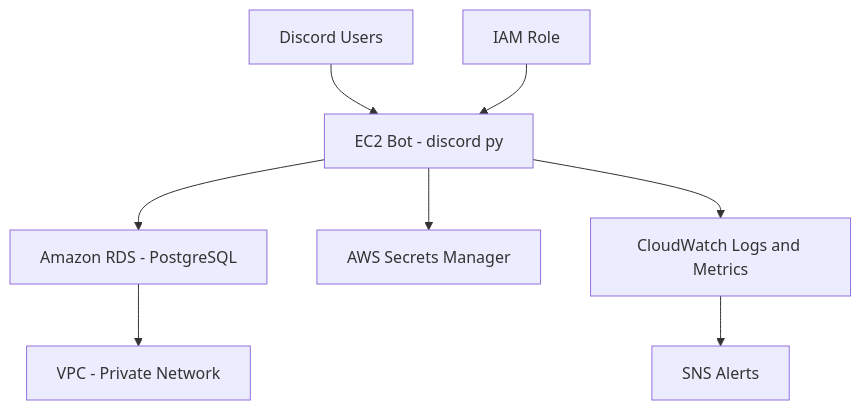
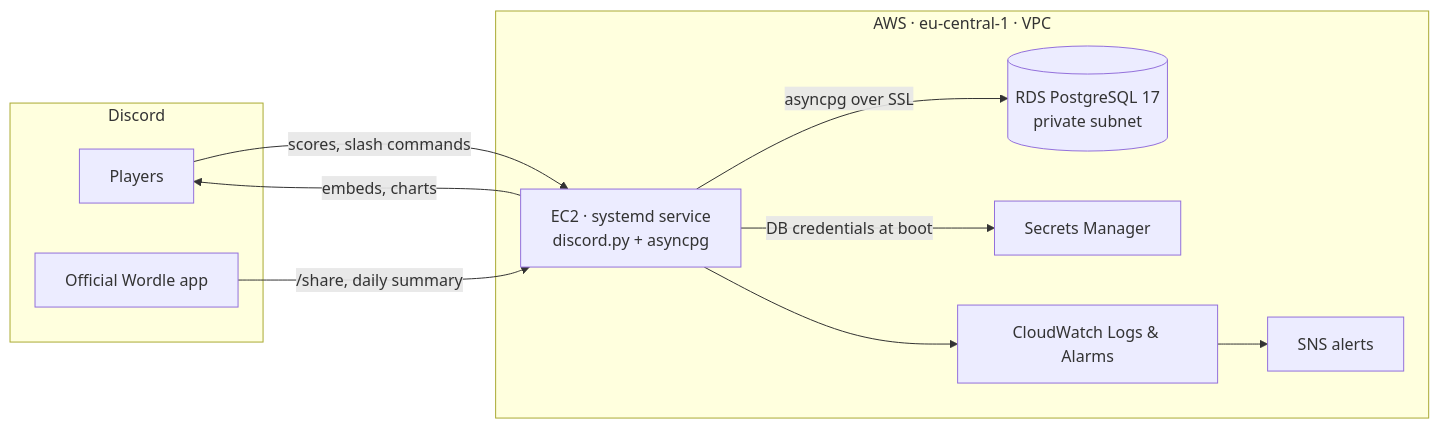
The diagram in README.md (musayounus/AWS-Wordle-Stats-Discord-Bot), drawn with Mermaid before and after one commit. The commit also changed other lines of this file and 1 other file, not shown here.

````diff
--- a/README.md
+++ b/README.md
@@ -51,19 +153,22 @@
 ```mermaid
-graph TD
-  Discord[Discord Users]
-  Bot[EC2 Bot - discord py]
-  RDS[Amazon RDS - PostgreSQL]
-  Secrets[AWS Secrets Manager]
-  IAM[IAM Role]
-  CW[CloudWatch Logs and Metrics]
-  SNS[SNS Alerts]
-  VPC[VPC - Private Network]
+flowchart LR
+  subgraph Discord
+    U[Players]
+    W[Official Wordle app]
+  end
 
-  Discord --> Bot
-  Bot --> RDS
-  Bot --> Secrets
-  Bot --> CW
-  CW --> SNS
-  IAM --> Bot
-  RDS --> VPC
+  subgraph AWS["AWS · eu-central-1 · VPC"]
+    EC2["EC2 · systemd service<br/>discord.py + asyncpg"]
+    RDS[("RDS PostgreSQL 17<br/>private subnet")]
+    SM[Secrets Manager]
+    CW[CloudWatch Logs & Alarms]
+    SNS[SNS alerts]
+  end
+
+  U -->|scores, slash commands| EC2
+  W -->|/share, daily summary| EC2
+  EC2 -->|asyncpg over SSL| RDS
+  EC2 -->|DB credentials at boot| SM
+  EC2 --> CW --> SNS
+  EC2 -->|embeds, charts| U
 ```
````
